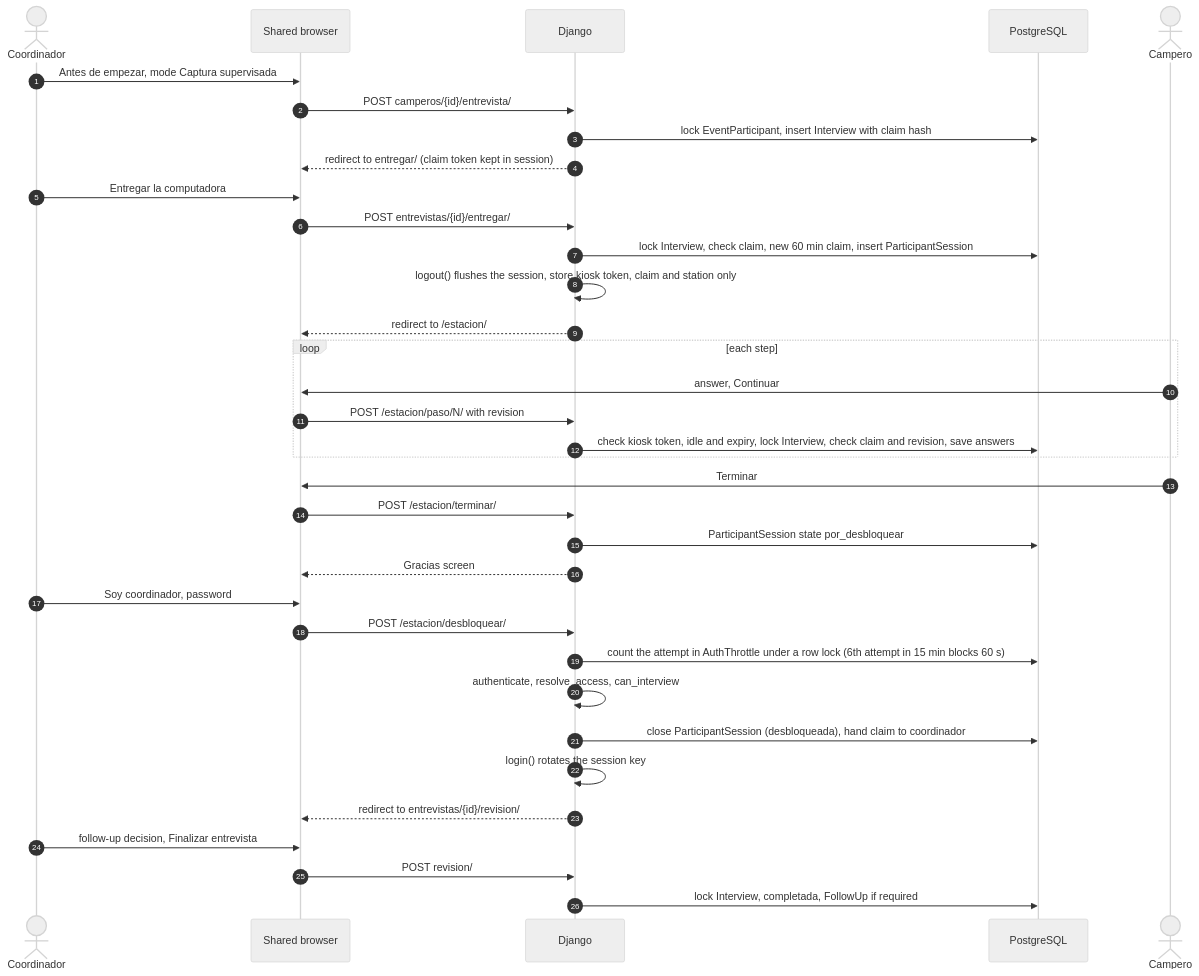
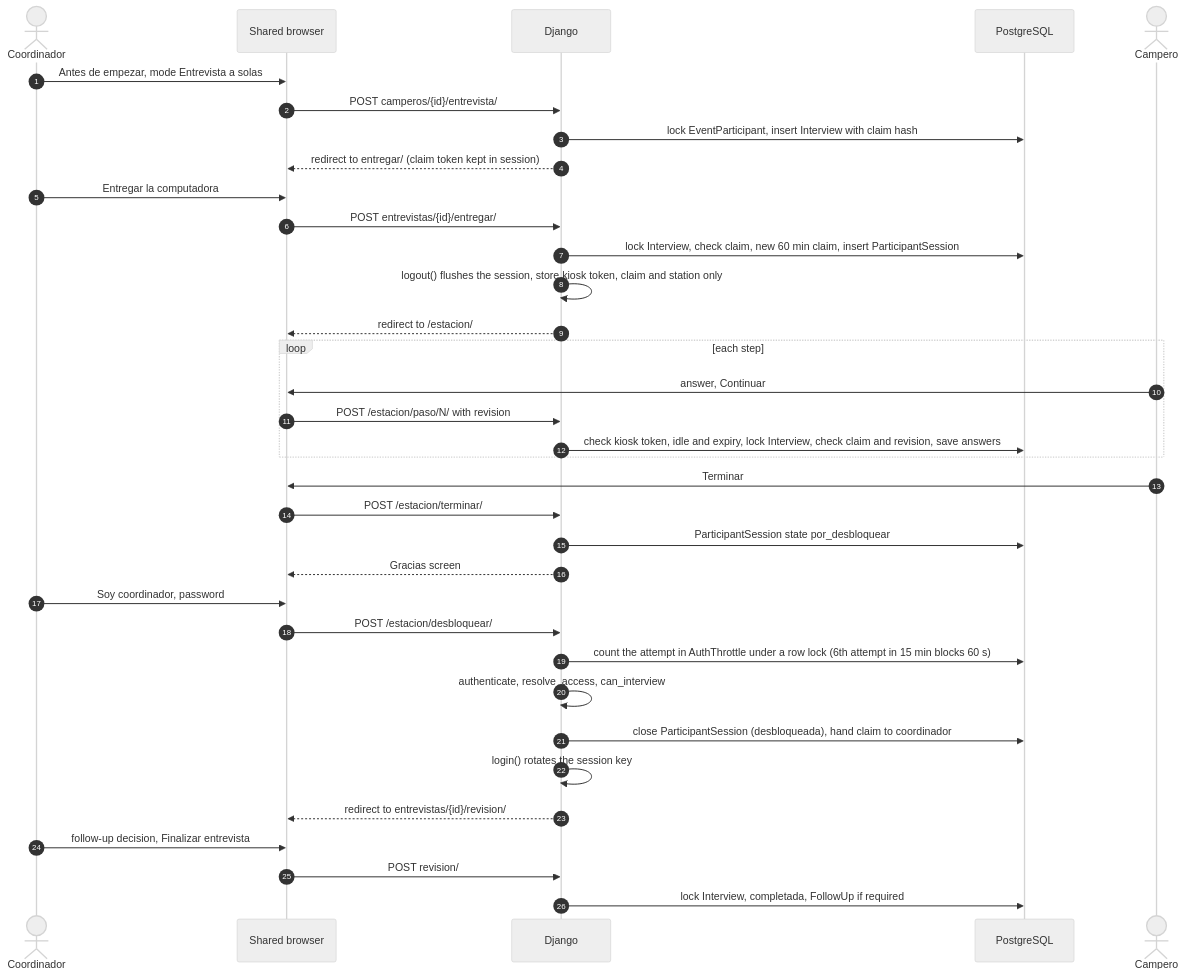
Before and after one commit to AdrianRomo/Emmaus: the diagram in docs/interview-station-workflow.md, drawn with Mermaid (neutral theme). The commit also changed other lines of this file and 93 other files, not shown here.

````diff
--- a/docs/interview-station-workflow.md
+++ b/docs/interview-station-workflow.md
@@ -63,37 +63,37 @@
 ```mermaid
 sequenceDiagram
     autonumber
     actor C as Coordinador
     participant B as Shared browser
     participant S as Django
     participant DB as PostgreSQL
     actor P as Campero
-    C->>B: Antes de empezar, mode Captura supervisada
+    C->>B: Antes de empezar, mode Entrevista a solas
     B->>S: POST camperos/{id}/entrevista/
     S->>DB: lock EventParticipant, insert Interview with claim hash
     S-->>B: redirect to entregar/ (claim token kept in session)
     C->>B: Entregar la computadora
     B->>S: POST entrevistas/{id}/entregar/
     S->>DB: lock Interview, check claim, new 60 min claim, insert ParticipantSession
     S->>S: logout() flushes the session, store kiosk token, claim and station only
     S-->>B: redirect to /estacion/
     loop each step
         P->>B: answer, Continuar
         B->>S: POST /estacion/paso/N/ with revision
         S->>DB: check kiosk token, idle and expiry, lock Interview, check claim and revision, save answers
     end
     P->>B: Terminar
     B->>S: POST /estacion/terminar/
     S->>DB: ParticipantSession state por_desbloquear
     S-->>B: Gracias screen
     C->>B: Soy coordinador, password
     B->>S: POST /estacion/desbloquear/
     S->>DB: count the attempt in AuthThrottle under a row lock (6th attempt in 15 min blocks 60 s)
     S->>S: authenticate, resolve_access, can_interview
     S->>DB: close ParticipantSession (desbloqueada), hand claim to coordinador
     S->>S: login() rotates the session key
     S-->>B: redirect to entrevistas/{id}/revision/
     C->>B: follow-up decision, Finalizar entrevista
     B->>S: POST revision/
     S->>DB: lock Interview, completada, FollowUp if required
 ```
````
